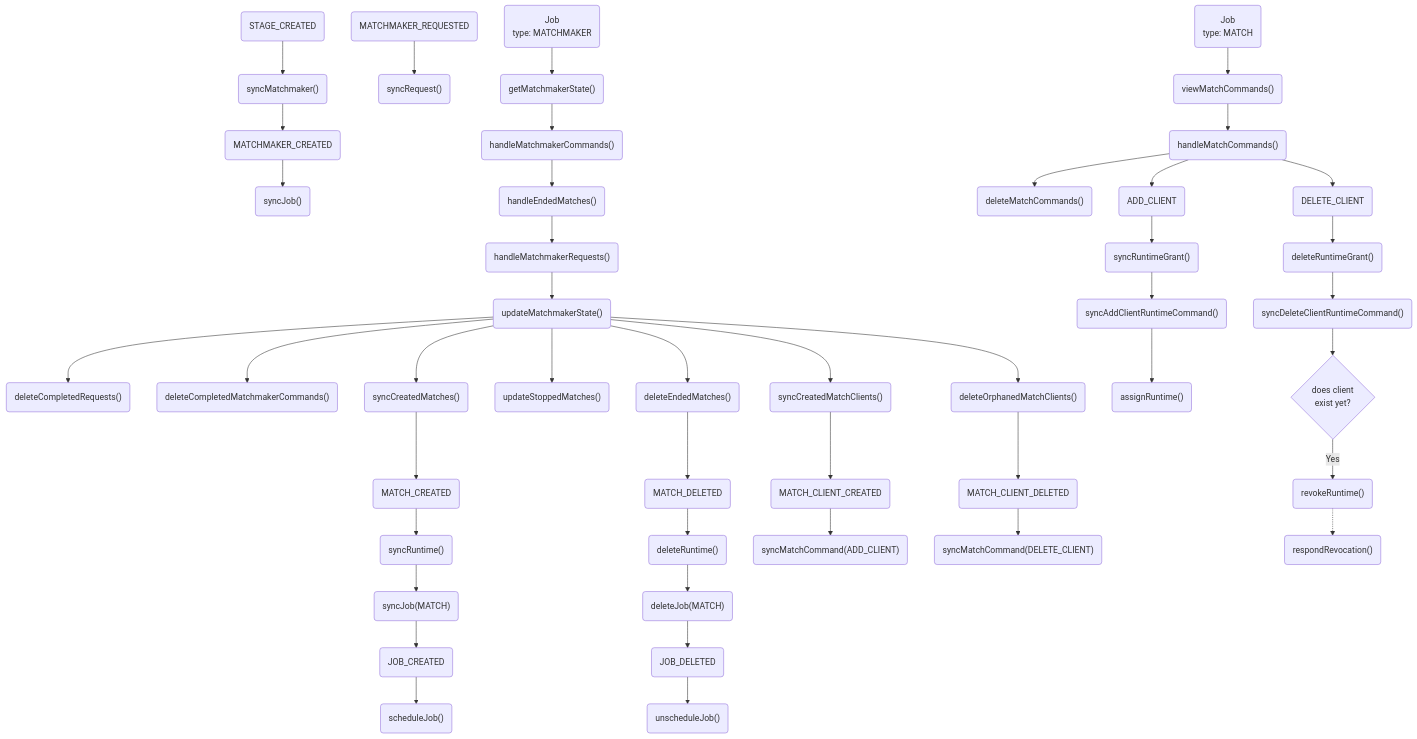
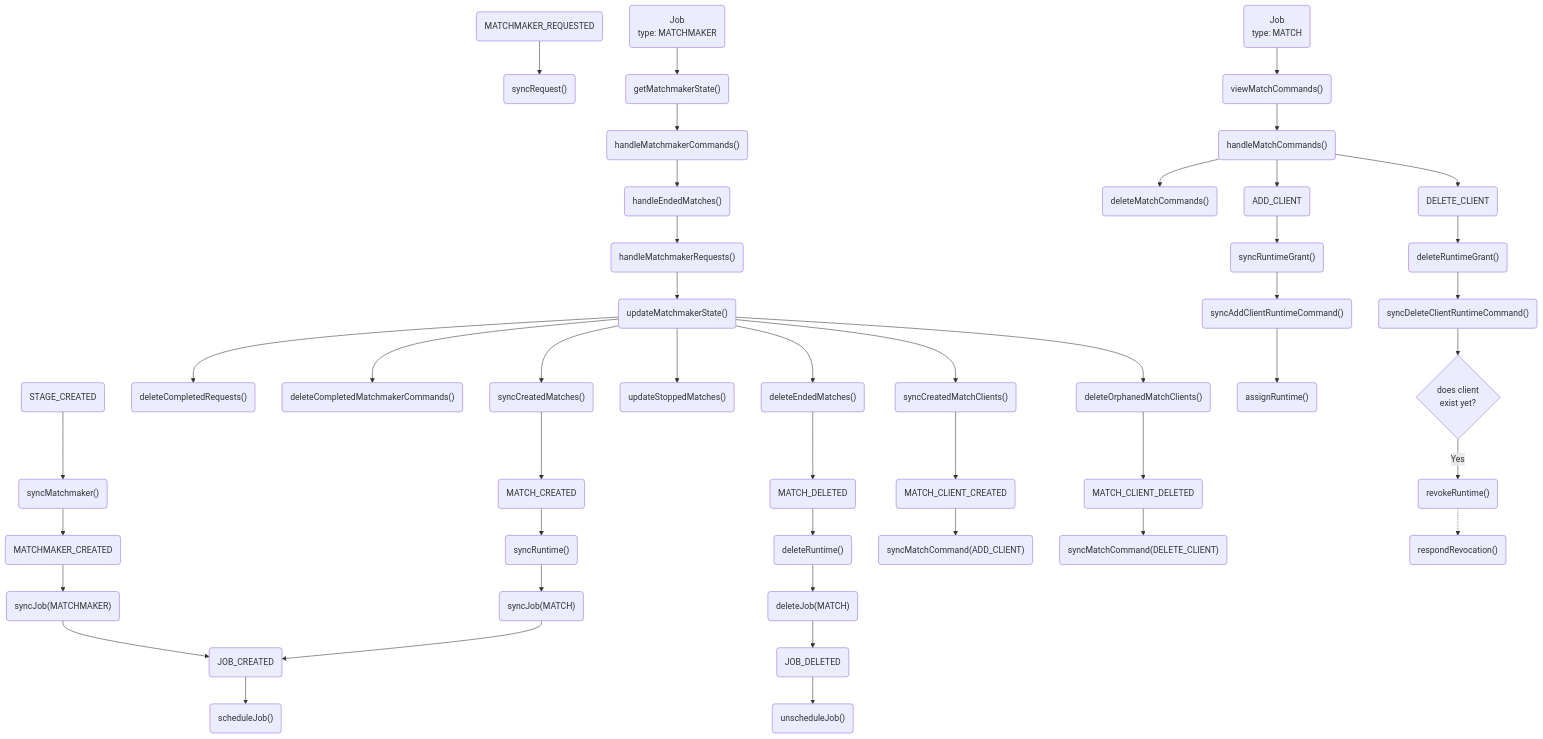
The diagram in omgservers-documentation/src/Matchmaking.md (OMGSERVERS/omgservers), drawn with Mermaid before and after one commit.

Commit message:
Fix matchmaking doc

````diff
--- a/omgservers-documentation/src/Matchmaking.md
+++ b/omgservers-documentation/src/Matchmaking.md
@@ -3,61 +3,62 @@
 ```mermaid
 graph TD;
 
 StageCreated(STAGE_CREATED) --> syncMatchmaker("syncMatchmaker()")
 syncMatchmaker("syncMatchmaker()") --> MatchmakerCreated(MATCHMAKER_CREATED)
-MatchmakerCreated(MATCHMAKER_CREATED) --> syncJob("syncJob()")
+MatchmakerCreated(MATCHMAKER_CREATED) --> syncMatchmakerJob("syncJob(MATCHMAKER)")
+syncMatchmakerJob("syncJob(MATCHMAKER)") --> JobCreated(JOB_CREATED)
 
 MatchmakerRequested(MATCHMAKER_REQUESTED) --> syncRequest("syncRequest()")
 
 MatchmakerJob(Job<br/>type: MATCHMAKER) --> getMatchmakerState("getMatchmakerState()")
 getMatchmakerState("getMatchmakerState()") --> handleMatchmakerCommands("handleMatchmakerCommands()")
 handleMatchmakerCommands("handleMatchmakerCommands()") --> handleEndedMatches("handleEndedMatches()")
 handleEndedMatches("handleEndedMatches()") --> handleMatchmakerRequests("handleMatchmakerRequests()")
 handleMatchmakerRequests("handleMatchmakerRequests()") --> updateMatchmakerState("updateMatchmakerState()")
 
 updateMatchmakerState("updateMatchmakerState()") --> deleteCompletedRequests("deleteCompletedRequests()")
 updateMatchmakerState("updateMatchmakerState()") --> deleteCompletedMatchmakerCommands("deleteCompletedMatchmakerCommands()")
 updateMatchmakerState("updateMatchmakerState()") --> syncCreatedMatches("syncCreatedMatches()")
 updateMatchmakerState("updateMatchmakerState()") --> updateStoppedMatches("updateStoppedMatches()")
 updateMatchmakerState("updateMatchmakerState()") --> deleteEndedMatches("deleteEndedMatches()")
 updateMatchmakerState("updateMatchmakerState()") --> syncCreatedMatchClients("syncCreatedMatchClients()")
 updateMatchmakerState("updateMatchmakerState()") --> deleteOrphanedMatchClients("deleteOrphanedMatchClients()")
 
 syncCreatedMatches("syncCreatedMatches()") --> MatchCreated(MATCH_CREATED)
 deleteEndedMatches("deleteEndedMatches()") --> MatchDeleted(MATCH_DELETED)
 syncCreatedMatchClients("syncCreatedMatchClients()") --> MatchClientCreated(MATCH_CLIENT_CREATED)
 deleteOrphanedMatchClients("deleteOrphanedMatchClients()") --> MatchClientDeleted(MATCH_CLIENT_DELETED)
 
 MatchCreated(MATCH_CREATED) --> syncRuntime("syncRuntime()")
 syncRuntime("syncRuntime()") --> syncMatchJob("syncJob(MATCH)")
 syncMatchJob("syncJob(MATCH)") --> JobCreated(JOB_CREATED)
 
 MatchDeleted(MATCH_DELETED) --> deleteRuntime("deleteRuntime()")
 deleteRuntime("deleteRuntime()") --> deleteMatchJob("deleteJob(MATCH)")
 deleteMatchJob("deleteJob(MATCH)") --> JobDeleted(JOB_DELETED)
 
 MatchClientCreated(MATCH_CLIENT_CREATED) --> syncAddClientMatchCommand("syncMatchCommand(ADD_CLIENT)")
 MatchClientDeleted(MATCH_CLIENT_DELETED) --> syncDeleteClientMatchCommand("syncMatchCommand(DELETE_CLIENT)")
 
 JobCreated(JOB_CREATED) --> scheduleJob("scheduleJob()")
 JobDeleted(JOB_DELETED) --> unscheduleJob("unscheduleJob()")
 
 
 MatchJob(Job<br/>type: MATCH) --> viewMatchCommands("viewMatchCommands()")
 viewMatchCommands("viewMatchCommands()") --> handleMatchCommands("handleMatchCommands()")
 handleMatchCommands("handleMatchCommands()") --> deleteMatchCommands("deleteMatchCommands()")
 
-handleMatchCommands("handleMatchCommands()") --> addClientCommand("ADD_CLIENT")
-handleMatchCommands("handleMatchCommands()") --> deleteClientCommand("DELETE_CLIENT")
+handleMatchCommands("handleMatchCommands()") --> addClientMatchCommand("ADD_CLIENT")
+handleMatchCommands("handleMatchCommands()") --> deleteClientMatchCommand("DELETE_CLIENT")
 
-addClientCommand("ADD_CLIENT") --> syncRuntimeGrant("syncRuntimeGrant()")
+addClientMatchCommand("ADD_CLIENT") --> syncRuntimeGrant("syncRuntimeGrant()")
 syncRuntimeGrant("syncRuntimeGrant()") --> syncAddClientRuntimeCommand("syncAddClientRuntimeCommand()")
 syncAddClientRuntimeCommand("syncAddClientRuntimeCommand()") --> assignRuntime("assignRuntime()")
 
-deleteClientCommand("DELETE_CLIENT") --> deleteRuntimeGrant("deleteRuntimeGrant()")
+deleteClientMatchCommand("DELETE_CLIENT") --> deleteRuntimeGrant("deleteRuntimeGrant()")
 deleteRuntimeGrant("deleteRuntimeGrant()") --> syncDeleteClientRuntimeCommand("syncDeleteClientRuntimeCommand()")
 syncDeleteClientRuntimeCommand("syncDeleteClientRuntimeCommand()") --> checkClient{"does client</br>exist yet?"}
 checkClient{"does client</br>exist yet?"} -- Yes --> revokeRuntime("revokeRuntime()")
 revokeRuntime("revokeRuntime()") -.-> respondRevocation("respondRevocation()")
 
 ```
````
